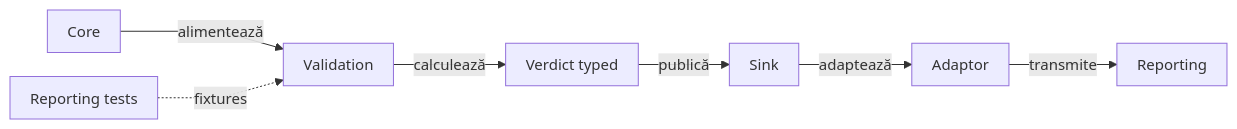
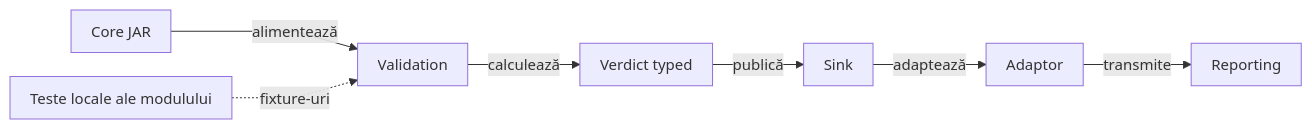
Before and after one commit to crististefanita/atf_j0: the first of 2 diagrams in atf-validation/README.md, drawn with Mermaid. The commit also changed other lines of this file and 113 other files, not shown here.

````diff
--- a/atf-validation/README.md
+++ b/atf-validation/README.md
@@ -24,10 +30,10 @@
 ```mermaid
 %%{init: {"themeVariables":{"fontSize":"15px"},"themeCSS":".nodeLabel, .nodeLabel p { font-size: 15px !important; line-height: 1.35 !important; } .edgeLabel, .edgeLabel p { font-size: 12px !important; font-weight: 400 !important; line-height: 1.2 !important; } .edgeLabel .labelBkg, .edgeLabel p { background: transparent !important; } .edgeLabel foreignObject { transform: translateY(-18px); overflow: visible; } .node rect { rx: 6px; ry: 6px; }","flowchart":{"curve":"linear","nodeSpacing":24,"rankSpacing":40,"padding":10,"diagramPadding":16}}}%%
 flowchart LR
-    Core["Core"] -->|alimentează| Validation["Validation"]
-    Tests["Reporting tests"] -. fixtures .-> Validation
+    Core["Core JAR"] -->|alimentează| Validation["Validation"]
+    Tests["Teste locale ale modulului"] -. fixture-uri .-> Validation
     Validation -->|calculează| Decision["Verdict typed"]
     Decision -->|publică| Sink["Sink"]
     Sink -->|adaptează| Adapter["Adaptor"]
     Adapter -->|transmite| Reporting["Reporting"]
 ```
````
